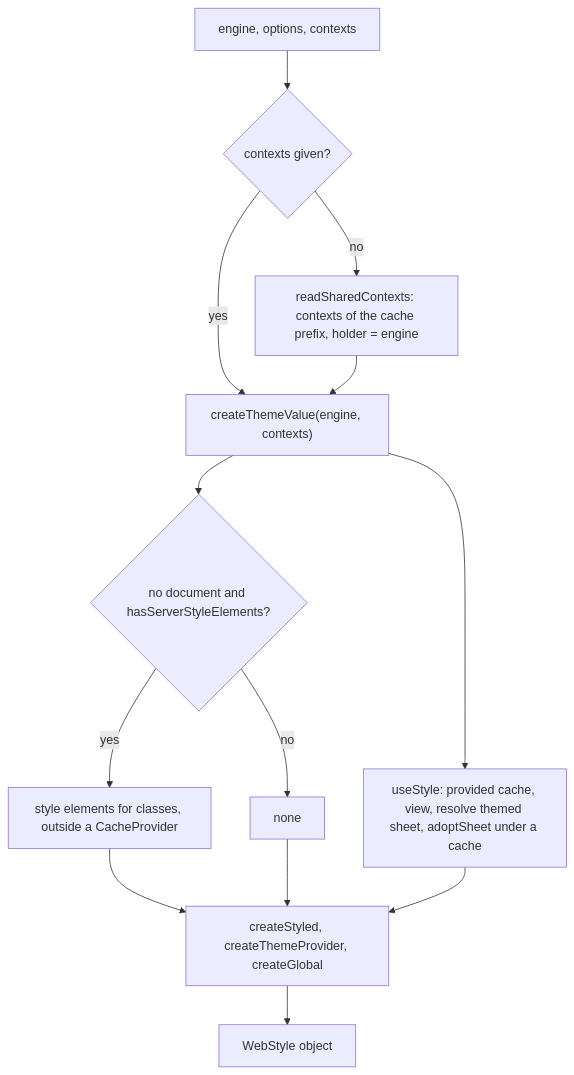
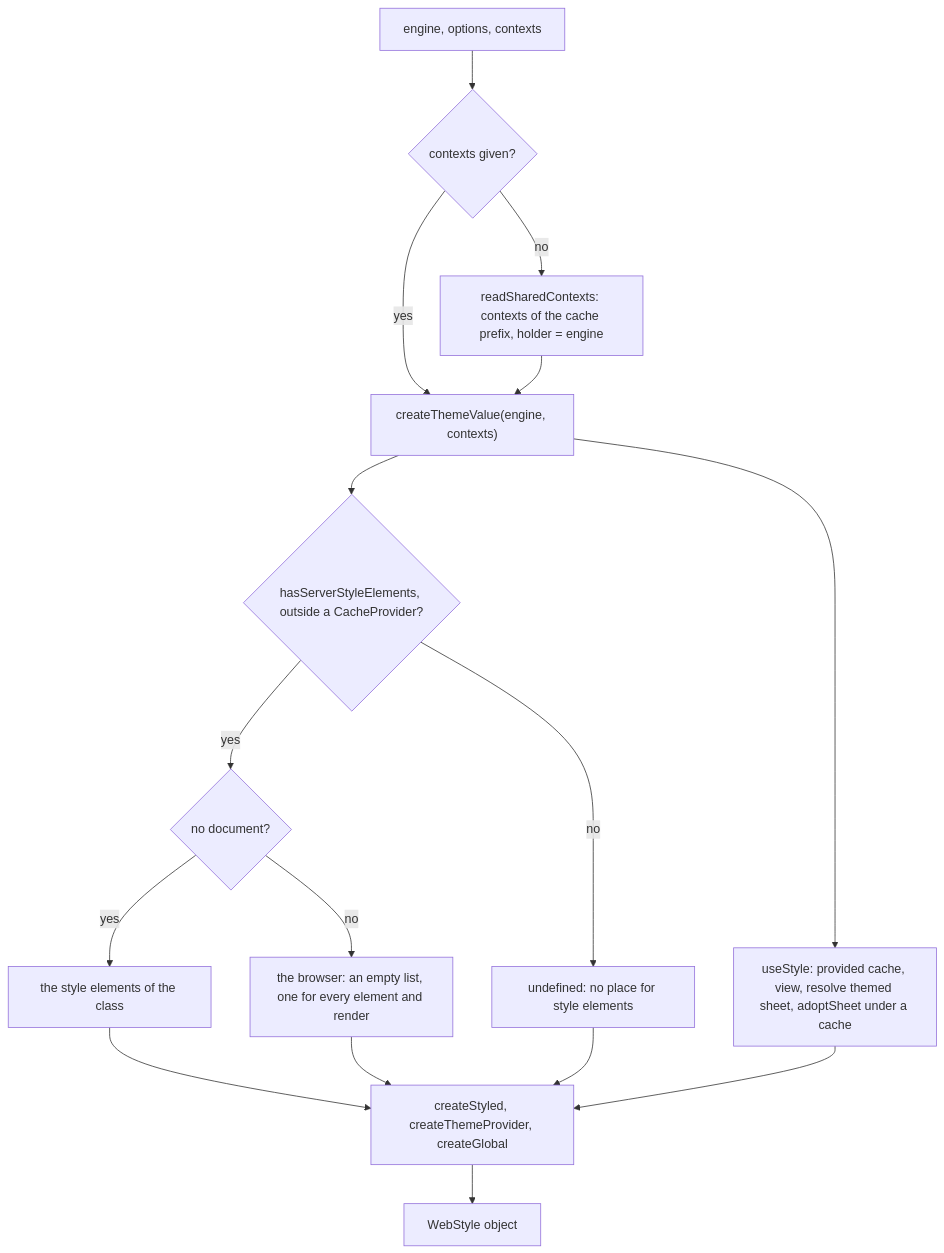
Before and after one commit to soroush-tech/umber-style: the diagram in packages/react/src/createStyle.md, drawn with Mermaid. The commit also changed other lines of this file and 23 other files, not shown here.

Commit message:
fix: the development check reads a labelled class whole, and the server and the browser render the same tree so useId gives the same ids - #52

````diff
--- a/packages/react/src/createStyle.md
+++ b/packages/react/src/createStyle.md
@@ -22,15 +22,18 @@
 ```mermaid
 flowchart TD
   engine["engine, options, contexts"] --> shared{"contexts given?"}
   shared -->|no| prefix["readSharedContexts: contexts of the cache prefix, holder = engine"]
   shared -->|yes| value["createThemeValue(engine, contexts)"]
   prefix --> value
-  value --> hasEls{"no document and hasServerStyleElements?"}
-  hasEls -->|yes| els["style elements for classes, outside a CacheProvider"]
-  hasEls -->|no| none["none"]
+  value --> hasEls{"hasServerStyleElements, outside a CacheProvider?"}
+  hasEls -->|no| none["undefined: no place for style elements"]
+  hasEls -->|yes| doc{"no document?"}
+  doc -->|yes| els["the style elements of the class"]
+  doc -->|no| empty["the browser: an empty list, one for every element and render"]
   value --> use["useStyle: provided cache, view, resolve themed sheet, adoptSheet under a cache"]
   els --> parts["createStyled, createThemeProvider, createGlobal"]
+  empty --> parts
   none --> parts
   use --> parts
   parts --> out["WebStyle object"]
 ```
````
